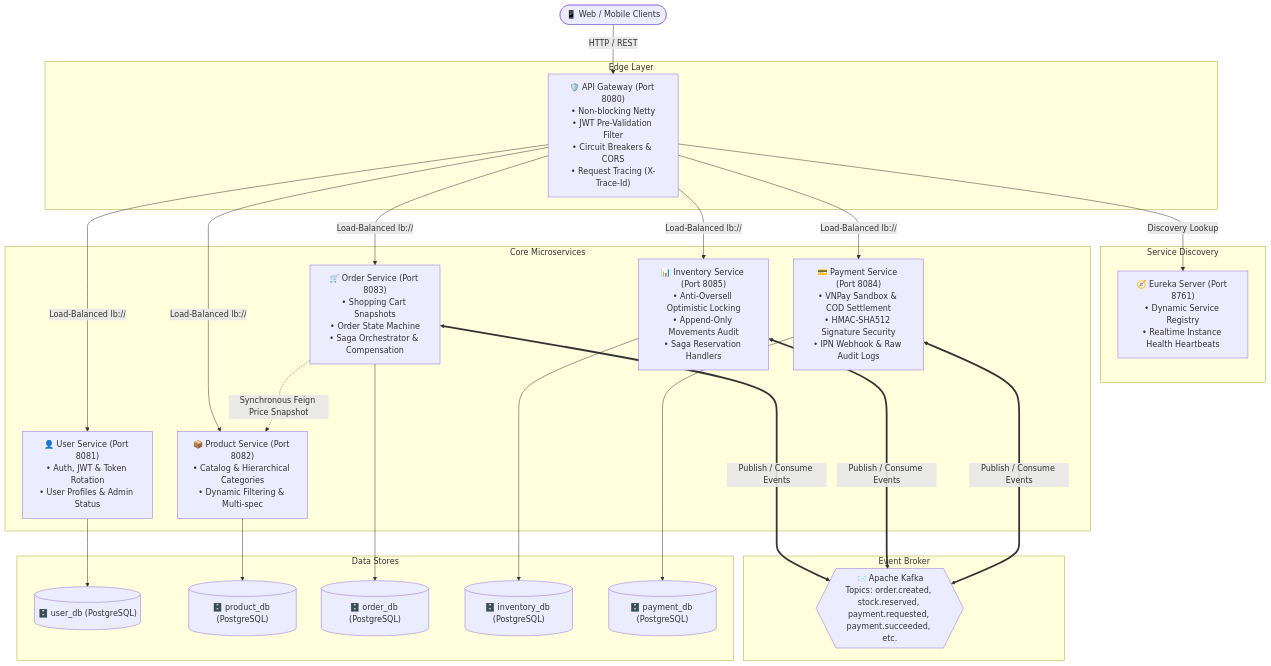
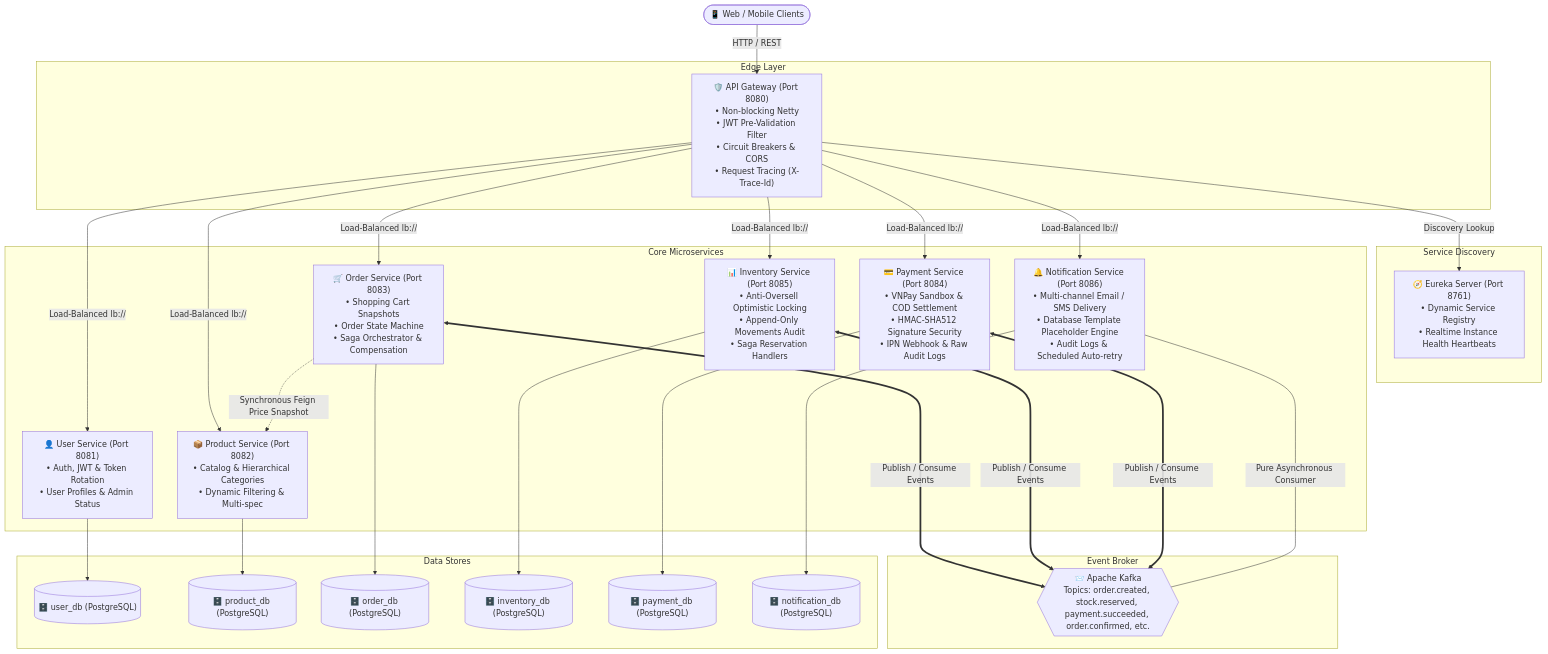
One commit to anhnhatdev/minishop changed the diagram in README.md. Above: the diagram before and after it, drawn with Mermaid. The commit also changed other lines of this file and 45 other files, not shown here.

````diff
--- a/README.md
+++ b/README.md
@@ -16,51 +16,56 @@
 ```mermaid
 graph TD
     Client(["📱 Web / Mobile Clients"])
     
     subgraph Edge Layer
         Gateway["🛡️ API Gateway (Port 8080)<br/>• Non-blocking Netty<br/>• JWT Pre-Validation Filter<br/>• Circuit Breakers & CORS<br/>• Request Tracing (X-Trace-Id)"]
     end
     
     subgraph Service Discovery
         Eureka["🧭 Eureka Server (Port 8761)<br/>• Dynamic Service Registry<br/>• Realtime Instance Health Heartbeats"]
     end
     
     subgraph Core Microservices
         UserService["👤 User Service (Port 8081)<br/>• Auth, JWT & Token Rotation<br/>• User Profiles & Admin Status"]
         ProductService["📦 Product Service (Port 8082)<br/>• Catalog & Hierarchical Categories<br/>• Dynamic Filtering & Multi-spec"]
         OrderService["🛒 Order Service (Port 8083)<br/>• Shopping Cart Snapshots<br/>• Order State Machine<br/>• Saga Orchestrator & Compensation"]
         InventoryService["📊 Inventory Service (Port 8085)<br/>• Anti-Oversell Optimistic Locking<br/>• Append-Only Movements Audit<br/>• Saga Reservation Handlers"]
         PaymentService["💳 Payment Service (Port 8084)<br/>• VNPay Sandbox & COD Settlement<br/>• HMAC-SHA512 Signature Security<br/>• IPN Webhook & Raw Audit Logs"]
+        NotificationService["🔔 Notification Service (Port 8086)<br/>• Multi-channel Email / SMS Delivery<br/>• Database Template Placeholder Engine<br/>• Audit Logs & Scheduled Auto-retry"]
     end
     
     subgraph Event Broker
-        Kafka{{"📨 Apache Kafka<br/>Topics: order.created, stock.reserved, payment.requested, payment.succeeded, etc."}}
+        Kafka{{"📨 Apache Kafka<br/>Topics: order.created, stock.reserved, payment.succeeded, order.confirmed, etc."}}
     end
 
     subgraph Data Stores
         UserDB[("🗄️ user_db (PostgreSQL)")]
         ProductDB[("🗄️ product_db (PostgreSQL)")]
         OrderDB[("🗄️ order_db (PostgreSQL)")]
         InventoryDB[("🗄️ inventory_db (PostgreSQL)")]
         PaymentDB[("🗄️ payment_db (PostgreSQL)")]
+        NotificationDB[("🗄️ notification_db (PostgreSQL)")]
     end
 
     Client -->|HTTP / REST| Gateway
     Gateway -->|Discovery Lookup| Eureka
     Gateway -->|Load-Balanced lb://| UserService
     Gateway -->|Load-Balanced lb://| ProductService
     Gateway -->|Load-Balanced lb://| OrderService
     Gateway -->|Load-Balanced lb://| InventoryService
     Gateway -->|Load-Balanced lb://| PaymentService
+    Gateway -->|Load-Balanced lb://| NotificationService
     
     OrderService -.->|Synchronous Feign Price Snapshot| ProductService
     OrderService <===>|Publish / Consume Events| Kafka
     InventoryService <===>|Publish / Consume Events| Kafka
     PaymentService <===>|Publish / Consume Events| Kafka
+    NotificationService <===|Pure Asynchronous Consumer| Kafka
     
     UserService --> UserDB
     ProductService --> ProductDB
     OrderService --> OrderDB
     InventoryService --> InventoryDB
     PaymentService --> PaymentDB
+    NotificationService --> NotificationDB
 ```
````
